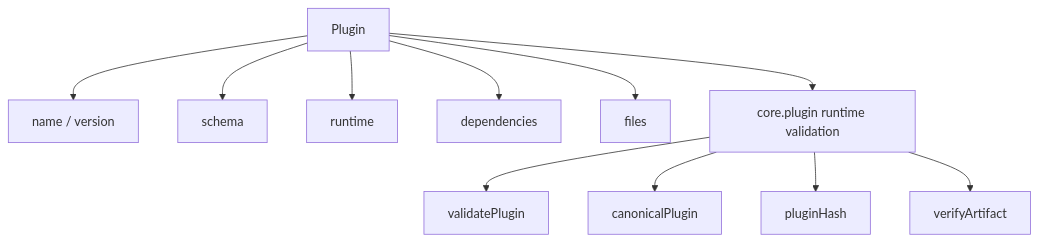
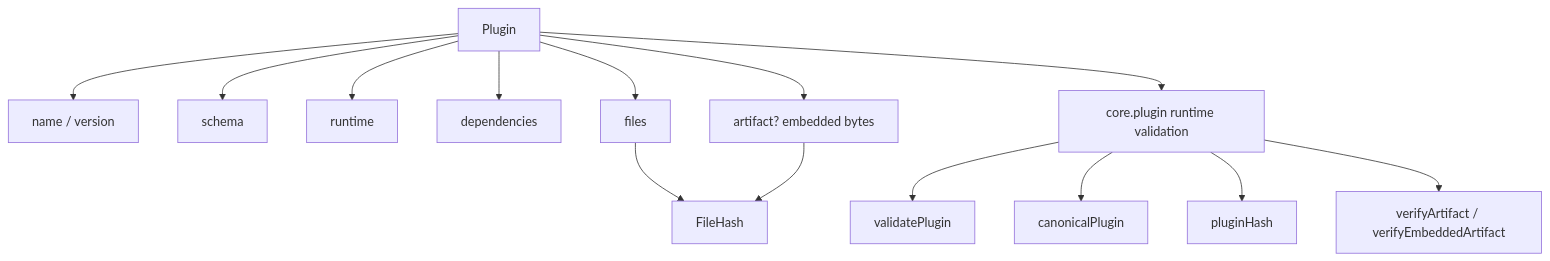
Before and after one commit to labourchain/core-plugins: the first of 2 diagrams in docs/plugin.md, drawn with Mermaid. The commit also changed other lines of this file and 13 other files, not shown here.

````diff
--- a/docs/plugin.md
+++ b/docs/plugin.md
@@ -39,15 +39,19 @@
 ```mermaid
 flowchart TB
     P["Plugin"]
     P --> N["name / version"]
     P --> S["schema"]
     P --> R["runtime"]
     P --> D["dependencies"]
     P --> F["files"]
+    P --> A["artifact? embedded bytes"]
+
+    F --> H["FileHash"]
+    A --> H
 
     P --> V["core.plugin runtime validation"]
     V --> VP["validatePlugin"]
     V --> CP["canonicalPlugin"]
     V --> PH["pluginHash"]
-    V --> VA["verifyArtifact"]
+    V --> VA["verifyArtifact / verifyEmbeddedArtifact"]
 ```
````
